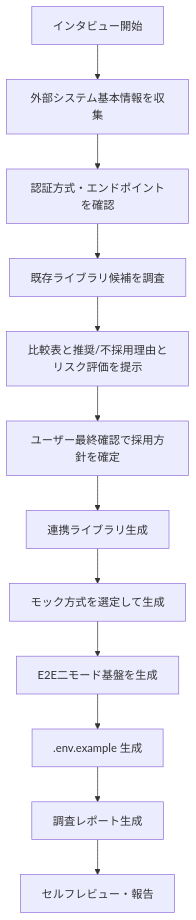
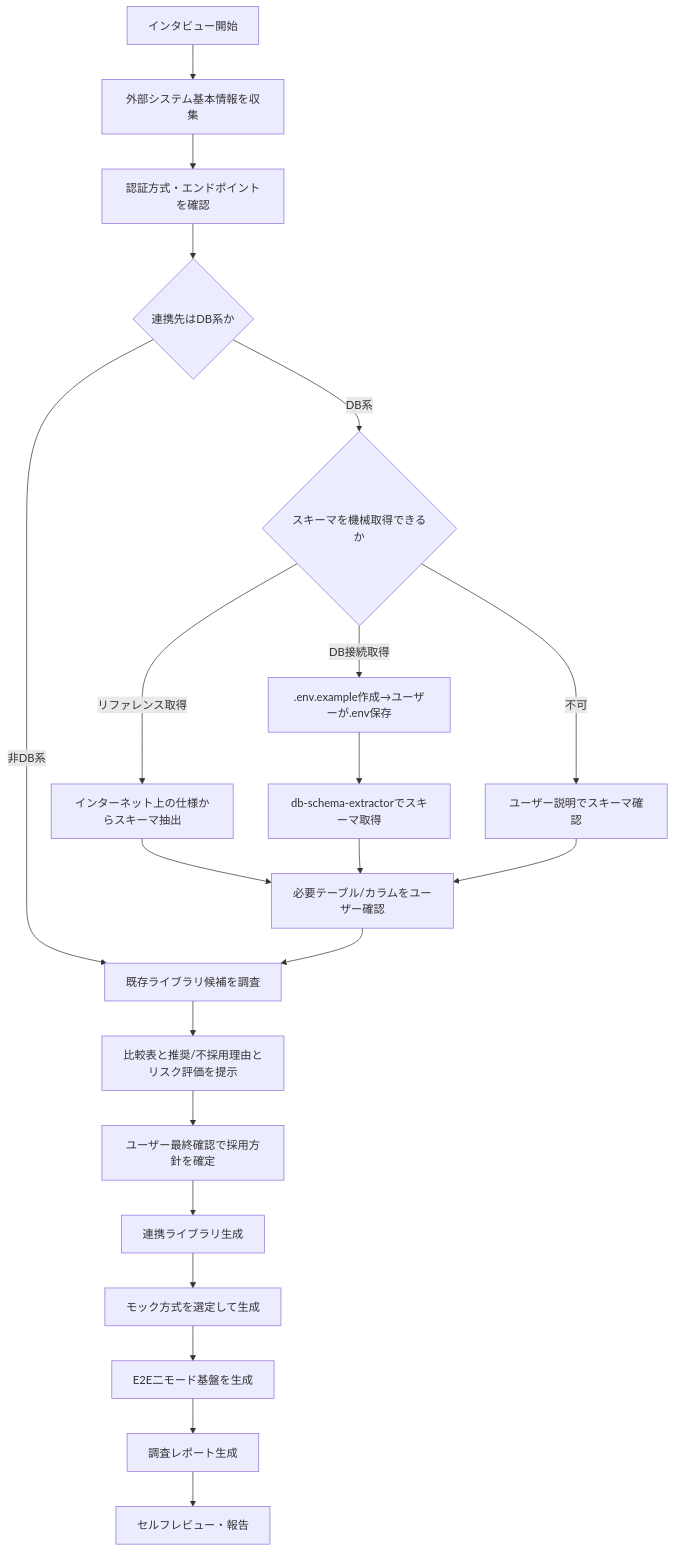
One commit to notfolder/isdd changed the diagram in .claude/skills/isdd-external-research/SKILL.md. Above: the diagram before and after it, drawn with Mermaid. The commit also changed other lines of this file and 7 other files, not shown here.

````diff
--- a/.claude/skills/isdd-external-research/SKILL.md
+++ b/.claude/skills/isdd-external-research/SKILL.md
@@ -31,14 +33,23 @@
 ```mermaid
 graph TD
     A[インタビュー開始] --> B[外部システム基本情報を収集]
     B --> C[認証方式・エンドポイントを確認]
-  C --> D[既存ライブラリ候補を調査]
-  D --> E[比較表と推奨/不採用理由とリスク評価を提示]
-  E --> F[ユーザー最終確認で採用方針を確定]
-  F --> G[連携ライブラリ生成]
-  G --> H[モック方式を選定して生成]
-  H --> I[E2E二モード基盤を生成]
-  I --> J[.env.example 生成]
-  J --> K[調査レポート生成]
-  K --> L[セルフレビュー・報告]
+    C --> D{連携先はDB系か}
+    D -->|非DB系| E[既存ライブラリ候補を調査]
+    D -->|DB系| F{スキーマを機械取得できるか}
+    F -->|リファレンス取得| G[インターネット上の仕様からスキーマ抽出]
+    F -->|DB接続取得| H[.env.example作成→ユーザーが.env保存]
+    H --> I[db-schema-extractorでスキーマ取得]
+    F -->|不可| J[ユーザー説明でスキーマ確認]
+    G --> K[必要テーブル/カラムをユーザー確認]
+    I --> K
+    J --> K
+    K --> E
+    E --> L[比較表と推奨/不採用理由とリスク評価を提示]
+    L --> M[ユーザー最終確認で採用方針を確定]
+    M --> N[連携ライブラリ生成]
+    N --> O[モック方式を選定して生成]
+    O --> P[E2E二モード基盤を生成]
+    P --> Q[調査レポート生成]
+    Q --> R[セルフレビュー・報告]
 ```
````
